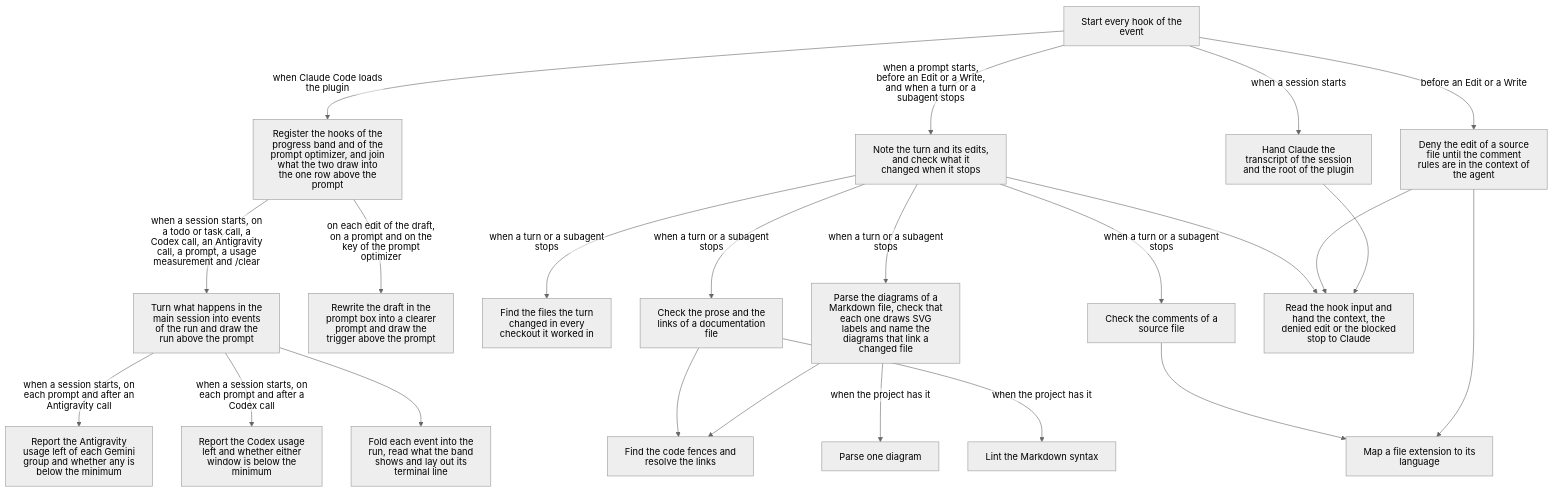
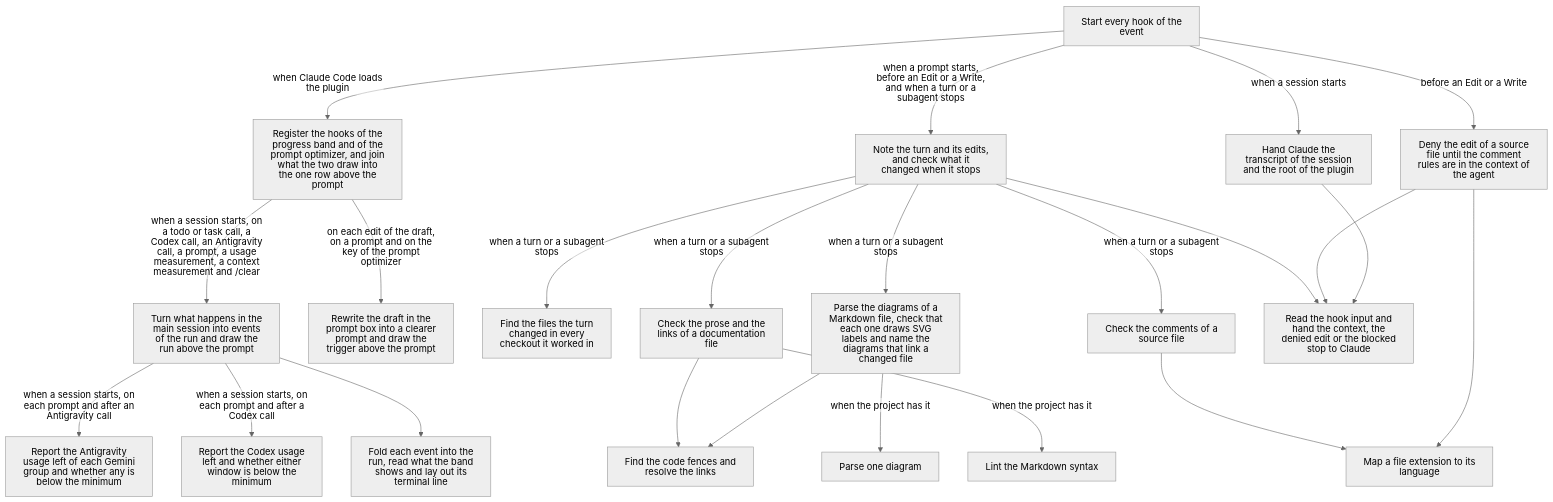
The diagram in plugins/forge/hooks/README.md (renefatuaki/skills), drawn with Mermaid (neutral theme) before and after one commit. The commit also changed other lines of this file and 5 other files, not shown here.

First line of the commit message:
feat(progress): show the context the session has used in the Claude usage

````diff
--- a/plugins/forge/hooks/README.md
+++ b/plugins/forge/hooks/README.md
@@ -5,28 +5,28 @@
 ```mermaid
 %%{init: {"htmlLabels": false}}%%
 flowchart TD
   accTitle: What happens when a session starts, while a turn runs, while Claude works through a todo list, and when the key of the prompt optimizer is pressed?
   hooksJson["Start every hook of the event"]
   hooksJson -->|"when a session starts"| sessionContext["Hand Claude the transcript of the session and the root of the plugin"]
   hooksJson -->|"before an Edit or a Write"| loadCommentRules["Deny the edit of a source file until the comment rules are in the context of the agent"]
   hooksJson -->|"when a prompt starts, before an Edit or a Write, and when a turn or a subagent stops"| checkTurn["Note the turn and its edits, and check what it changed when it stops"]
   hooksJson -->|"when Claude Code loads the plugin"| module["Register the hooks of the progress band and of the prompt optimizer, and join what the two draw into the one row above the prompt"]
-  module -->|"when a session starts, on a todo or task call, a Codex call, an Antigravity call, a prompt, a usage measurement and /clear"| progress["Turn what happens in the main session into events of the run and draw the run above the prompt"]
+  module -->|"when a session starts, on a todo or task call, a Codex call, an Antigravity call, a prompt, a usage measurement, a context measurement and /clear"| progress["Turn what happens in the main session into events of the run and draw the run above the prompt"]
   module -->|"on each edit of the draft, on a prompt and on the key of the prompt optimizer"| promptOptimizer["Rewrite the draft in the prompt box into a clearer prompt and draw the trigger above the prompt"]
   checkTurn -->|"when a turn or a subagent stops"| changes["Find the files the turn changed in every checkout it worked in"]
   checkTurn -->|"when a turn or a subagent stops"| comments["Check the comments of a source file"]
   checkTurn -->|"when a turn or a subagent stops"| docs["Check the prose and the links of a documentation file"]
   checkTurn -->|"when a turn or a subagent stops"| diagrams["Parse the diagrams of a Markdown file, check that each one draws SVG labels and name the diagrams that link a changed file"]
   docs -->|"when the project has it"| markdownlint["Lint the Markdown syntax"]
   diagrams -->|"when the project has it"| mermaid["Parse one diagram"]
   docs --> markdown["Find the code fences and resolve the links"]
   diagrams --> markdown
   comments --> languages["Map a file extension to its language"]
   loadCommentRules --> languages
   checkTurn --> hook["Read the hook input and hand the context, the denied edit or the blocked stop to Claude"]
   loadCommentRules --> hook
   sessionContext --> hook
   progress --> run["Fold each event into the run, read what the band shows and lay out its terminal line"]
   progress -->|"when a session starts, on each prompt and after a Codex call"| codexModel["Report the Codex usage left and whether either window is below the minimum"]
   progress -->|"when a session starts, on each prompt and after an Antigravity call"| antigravity["Report the Antigravity usage left of each Gemini group and whether any is below the minimum"]
 ```
````
